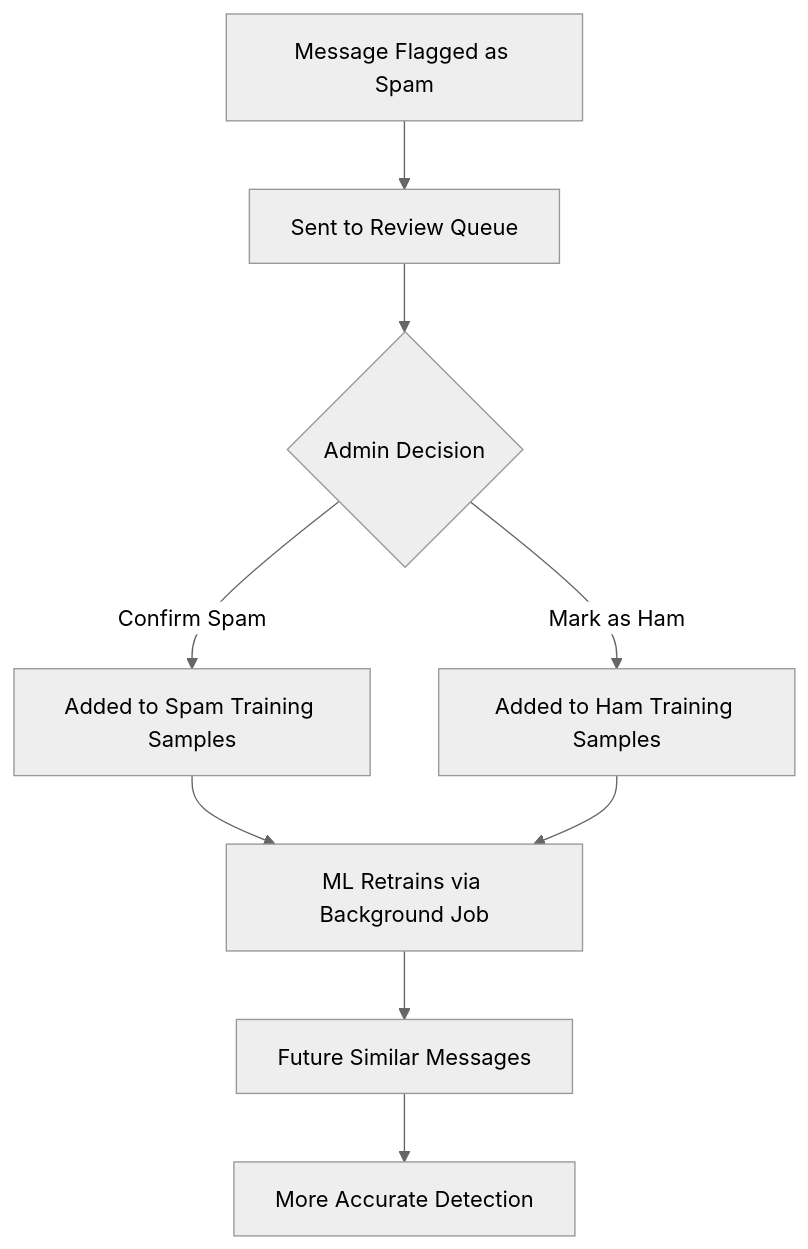
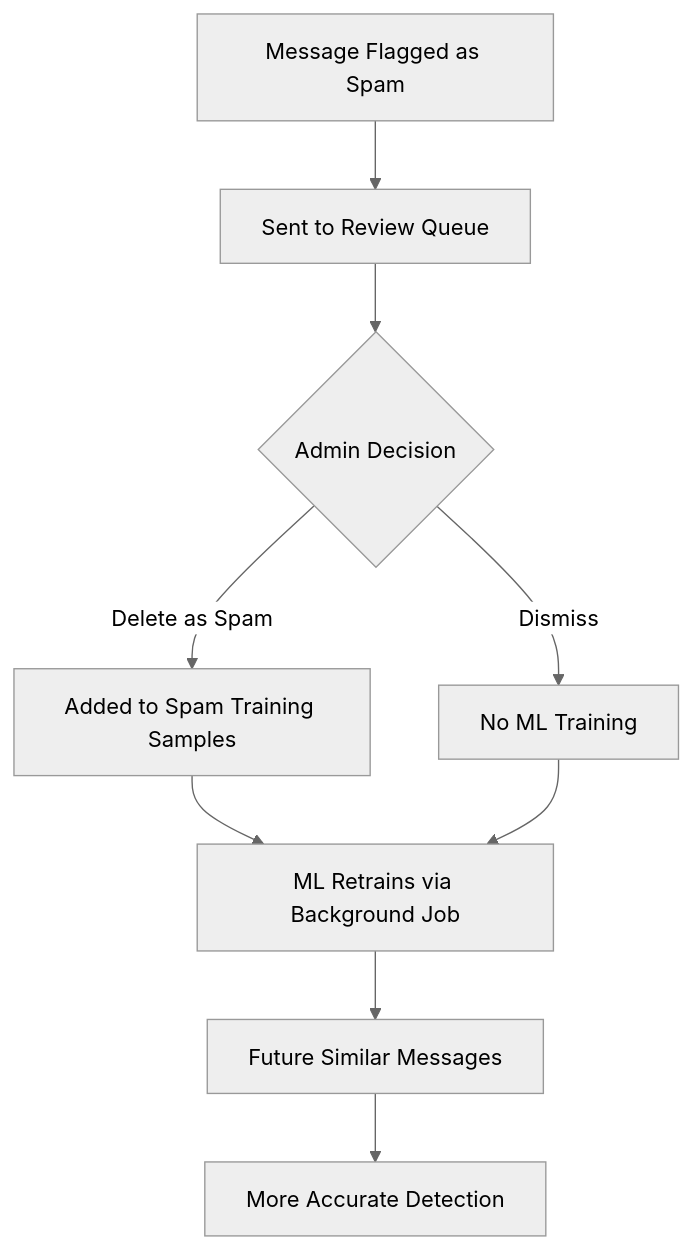
The third of 3 diagrams in TelegramGroupsAdmin/Docs/features/03-spam-detection.md (musicislife08/TelegramGroupsAdmin), drawn with Mermaid (neutral theme) before and after one commit. The commit also changed other lines of this file and 17 other files, not shown here.

````diff
--- a/TelegramGroupsAdmin/Docs/features/03-spam-detection.md
+++ b/TelegramGroupsAdmin/Docs/features/03-spam-detection.md
@@ -708,11 +708,11 @@
 ```mermaid
 flowchart TD
     A[Message Flagged as Spam] --> B[Sent to Review Queue]
     B --> C{Admin Decision}
-    C -->|Confirm Spam| D[Added to Spam Training Samples]
-    C -->|Mark as Ham| E[Added to Ham Training Samples]
+    C -->|Delete as Spam| D[Added to Spam Training Samples]
+    C -->|Dismiss| E[No ML Training]
     D --> F[ML Retrains via Background Job]
     E --> F
     F --> G[Future Similar Messages]
     G --> H[More Accurate Detection]
 ```
````
